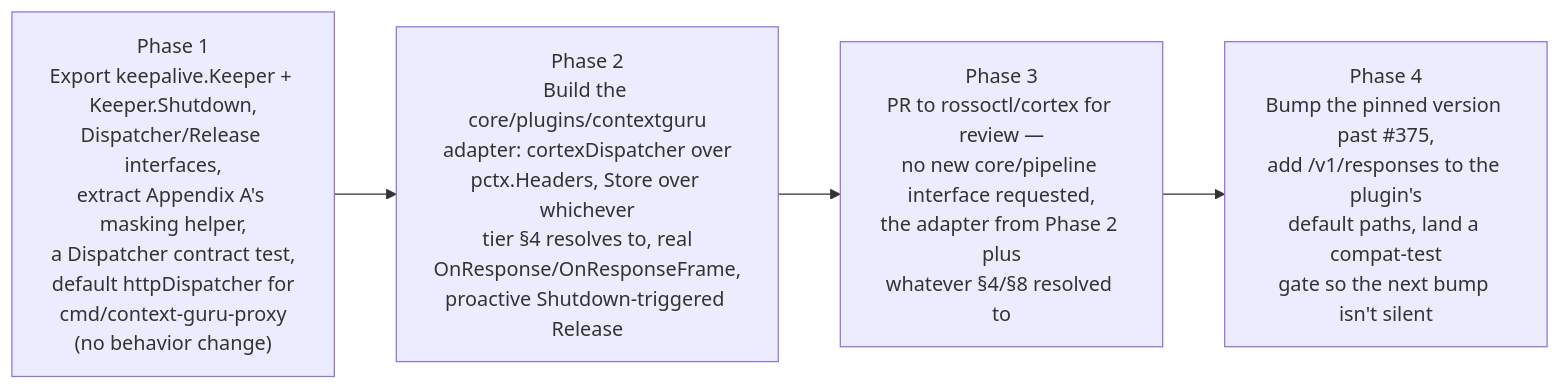
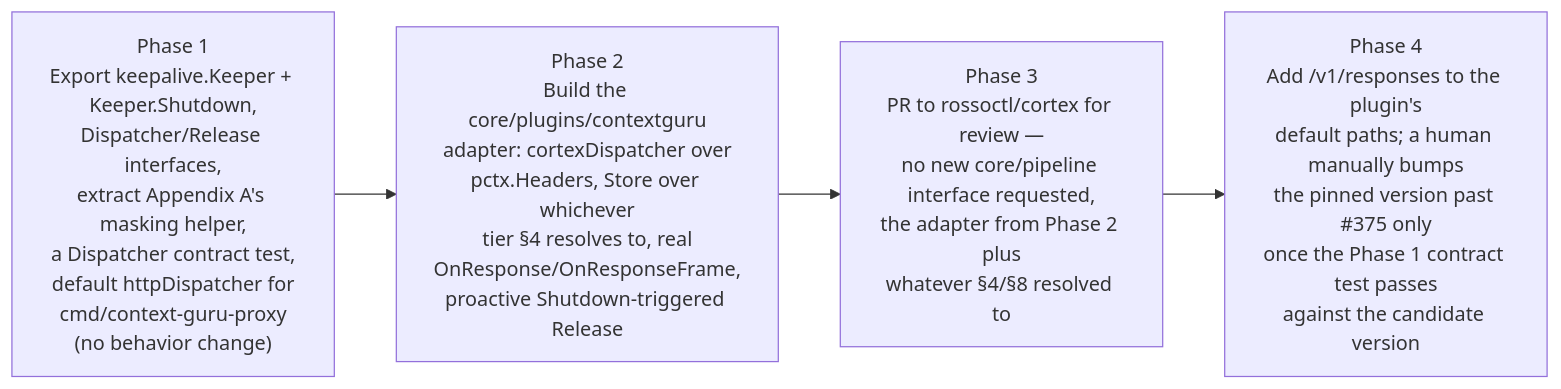
The fifth of 5 diagrams in docs/proposals/cortex-integration.md (rossoctl/context-guru), drawn with Mermaid before and after one commit. The commit also changed other lines of this file, not shown here.

First line of the commit message:
docs: make Phase 4's version bump explicitly manual, gated not automatic

````diff
--- a/docs/proposals/cortex-integration.md
+++ b/docs/proposals/cortex-integration.md
@@ -436,7 +436,7 @@
 ```mermaid
 graph LR
     P1["Phase 1<br/>Export keepalive.Keeper + Keeper.Shutdown,<br/>Dispatcher/Release interfaces,<br/>extract Appendix A's masking helper,<br/>a Dispatcher contract test,<br/>default httpDispatcher for<br/>cmd/context-guru-proxy<br/>(no behavior change)"] --> P2
     P2["Phase 2<br/>Build the core/plugins/contextguru<br/>adapter: cortexDispatcher over<br/>pctx.Headers, Store over whichever<br/>tier §4 resolves to, real<br/>OnResponse/OnResponseFrame,<br/>proactive Shutdown-triggered Release"] --> P3
     P3["Phase 3<br/>PR to rossoctl/cortex for review —<br/>no new core/pipeline interface requested,<br/>the adapter from Phase 2 plus<br/>whatever §4/§8 resolved to"] --> P4
-    P4["Phase 4<br/>Bump the pinned version past #375,<br/>add /v1/responses to the plugin's<br/>default paths, land a compat-test<br/>gate so the next bump isn't silent"]
+    P4["Phase 4<br/>Add /v1/responses to the plugin's<br/>default paths; a human manually bumps<br/>the pinned version past #375 only<br/>once the Phase 1 contract test passes<br/>against the candidate version"]
 ```
````
